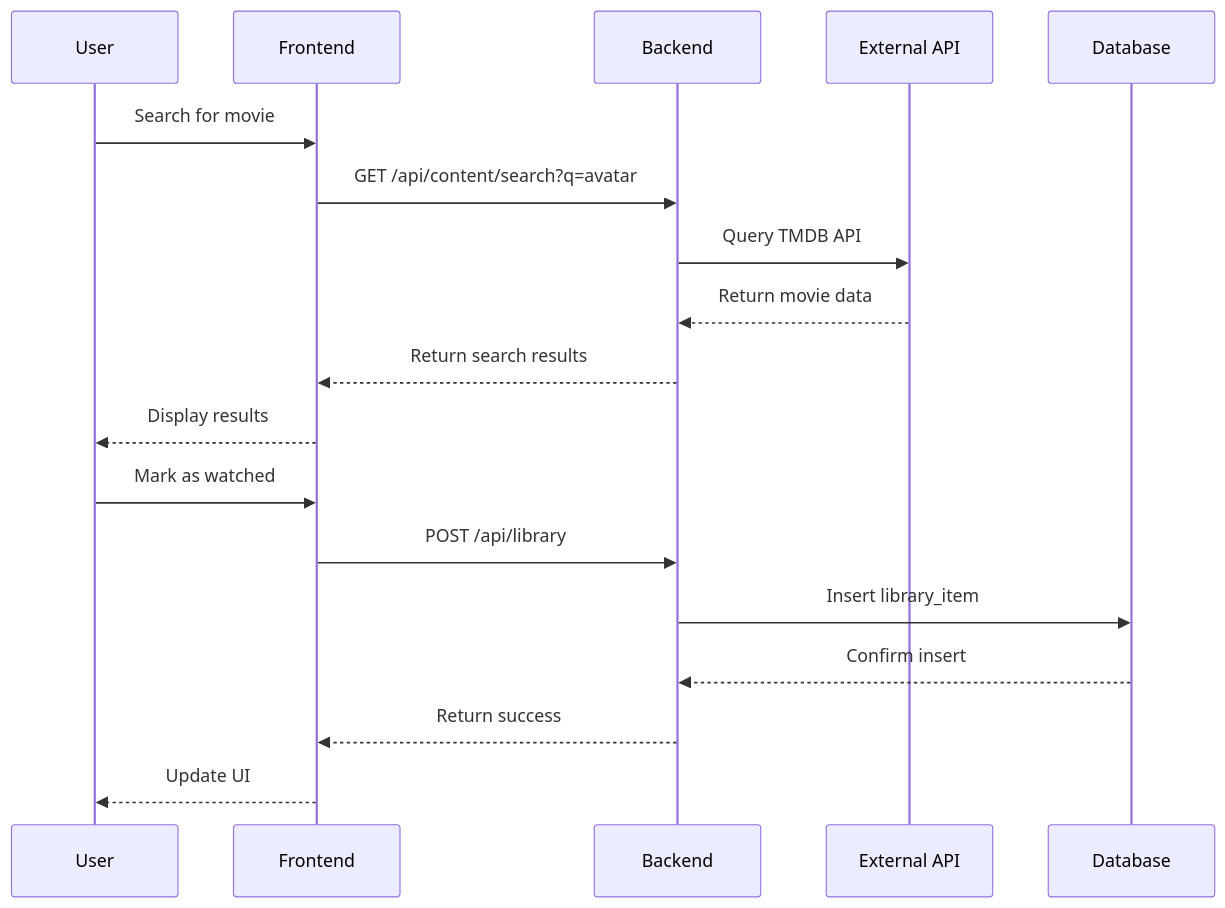
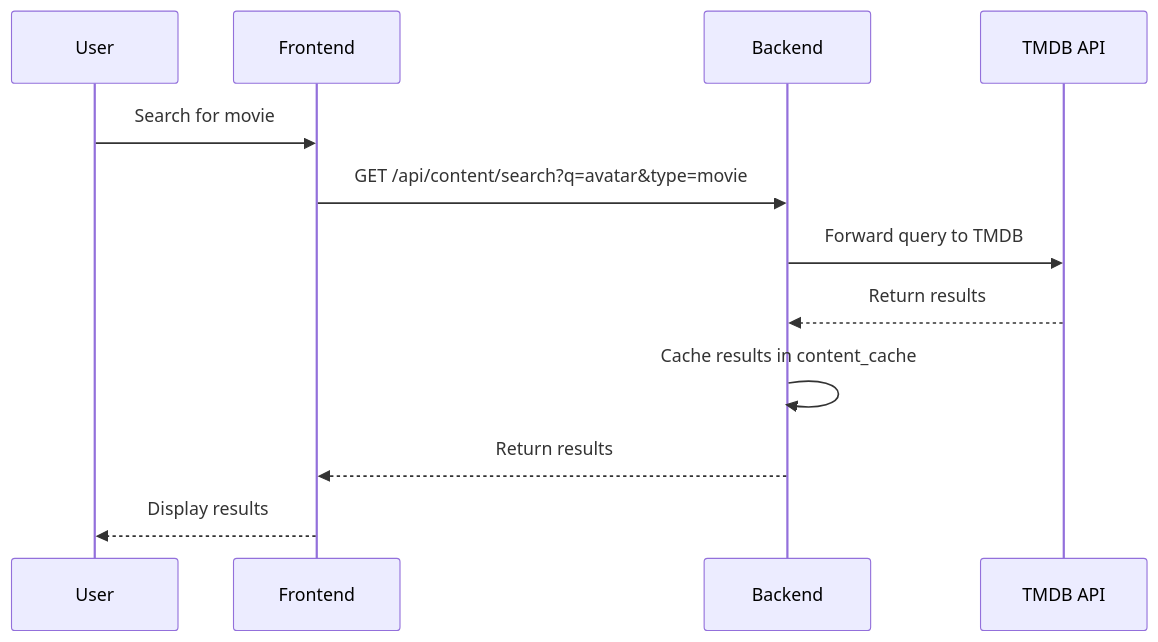
The third of 6 diagrams in architecture.md (Gpiero19/ShowFreak), drawn with Mermaid before and after one commit. The commit also changed other lines of this file, not shown here.

Commit message:
improvements of architecture features

````diff
--- a/architecture.md
+++ b/architecture.md
@@ -195,22 +280,15 @@
 ```mermaid
 sequenceDiagram
     participant U as User
     participant F as Frontend
     participant B as Backend
-    participant E as External API
-    participant D as Database
+    participant E as TMDB API
 
     U->>F: Search for movie
-    F->>B: GET /api/content/search?q=avatar
-    B->>E: Query TMDB API
-    E-->>B: Return movie data
-    B-->>F: Return search results
+    F->>B: GET /api/content/search?q=avatar&type=movie
+    B->>E: Forward query to TMDB
+    E-->>B: Return results
+    B->>B: Cache results in content_cache
+    B-->>F: Return results
     F-->>U: Display results
-
-    U->>F: Mark as watched
-    F->>B: POST /api/library
-    B->>D: Insert library_item
-    D-->>B: Confirm insert
-    B-->>F: Return success
-    F-->>U: Update UI
 ```
````
